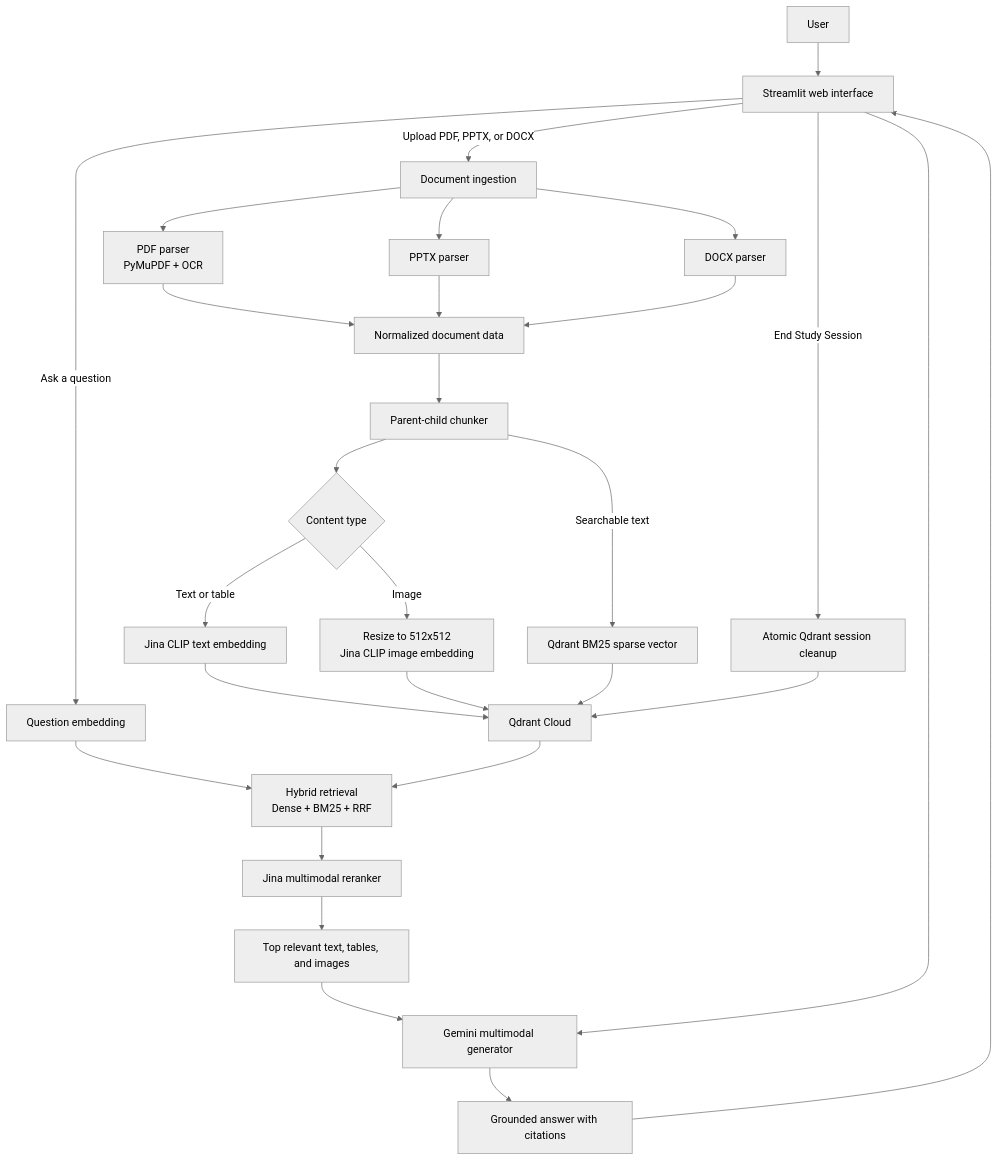
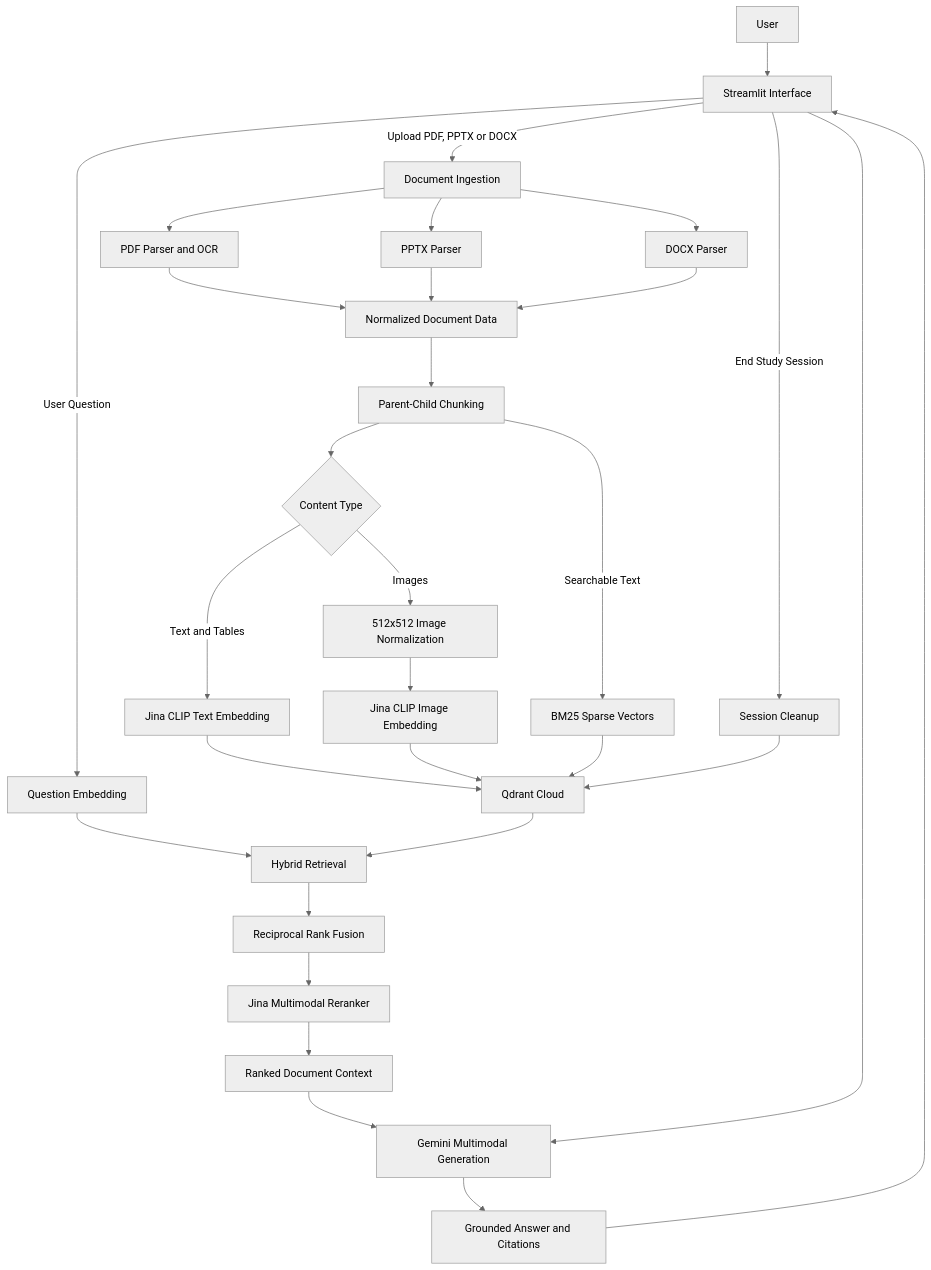
One commit to j20e/Multimodel-RAG changed the diagram in Multimodel RAG/README.md. Above: the diagram before and after it, drawn with Mermaid (neutral theme). The commit also changed other lines of this file, not shown here.

````diff
--- a/Multimodel RAG/README.md
+++ b/Multimodel RAG/README.md
@@ -35,34 +71,47 @@
 ```mermaid
 flowchart TD
-    U[User] --> UI[Streamlit web interface]
-    UI -->|Upload PDF, PPTX, or DOCX| ING[Document ingestion]
+    U[User] --> UI[Streamlit Interface]
+    
+    UI -->|Upload PDF, PPTX or DOCX| ING[Document Ingestion]
 
-    ING --> PDF[PDF parser<br/>PyMuPDF + OCR]
-    ING --> PPT[PPTX parser]
-    ING --> DOCX[DOCX parser]
-    PDF --> N[Normalized document data]
+    ING --> PDF[PDF Parser and OCR]
+    ING --> PPT[PPTX Parser]
+    ING --> DOCX[DOCX Parser]
+
+    PDF --> N[Normalized Document Data]
     PPT --> N
     DOCX --> N
 
-    N --> C[Parent-child chunker]
-    C --> E{Content type}
-    E -->|Text or table| TE[Jina CLIP text embedding]
-    E -->|Image| IE[Resize to 512x512<br/>Jina CLIP image embedding]
+    N --> C[Parent-Child Chunking]
+
+    C --> E{Content Type}
+
+    E -->|Text and Tables| TE[Jina CLIP Text Embedding]
+    E -->|Images| IE[512x512 Image Normalization]
+
+    IE --> EMB[Jina CLIP Image Embedding]
+
     TE --> Q[Qdrant Cloud]
-    IE --> Q
-    C -->|Searchable text| BM[Qdrant BM25 sparse vector]
+    EMB --> Q
+
+    C -->|Searchable Text| BM[BM25 Sparse Vectors]
     BM --> Q
 
-    UI -->|Ask a question| QRY[Question embedding]
-    QRY --> HYB[Hybrid retrieval<br/>Dense + BM25 + RRF]
+    UI -->|User Question| QRY[Question Embedding]
+
+    QRY --> HYB[Hybrid Retrieval]
     Q --> HYB
-    HYB --> R[Jina multimodal reranker]
-    R --> CTX[Top relevant text, tables, and images]
-    CTX --> G[Gemini multimodal generator]
+
+    HYB --> RRF[Reciprocal Rank Fusion]
+    RRF --> R[Jina Multimodal Reranker]
+
+    R --> CTX[Ranked Document Context]
+    CTX --> G[Gemini Multimodal Generation]
+
     UI --> G
-    G --> A[Grounded answer with citations]
+    G --> A[Grounded Answer and Citations]
     A --> UI
 
-    UI -->|End Study Session| CLEAN[Atomic Qdrant session cleanup]
+    UI -->|End Study Session| CLEAN[Session Cleanup]
     CLEAN --> Q
 ```
````
